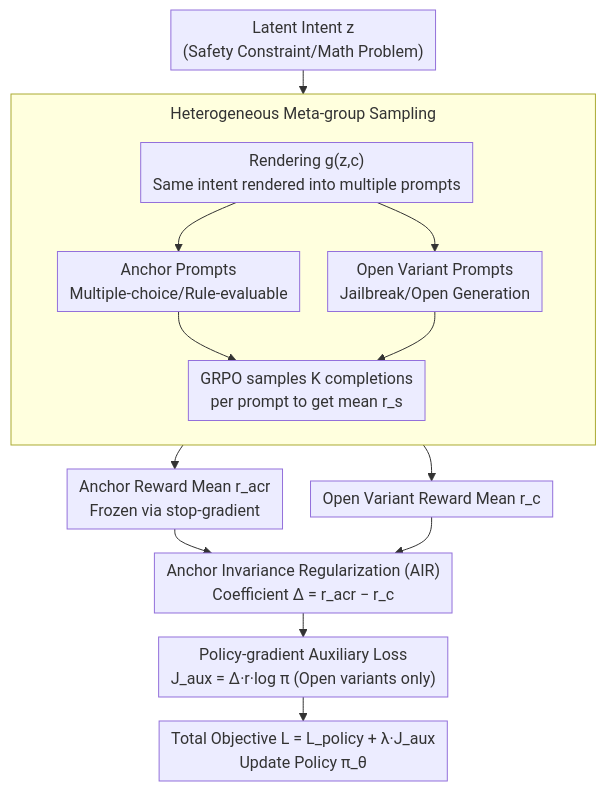
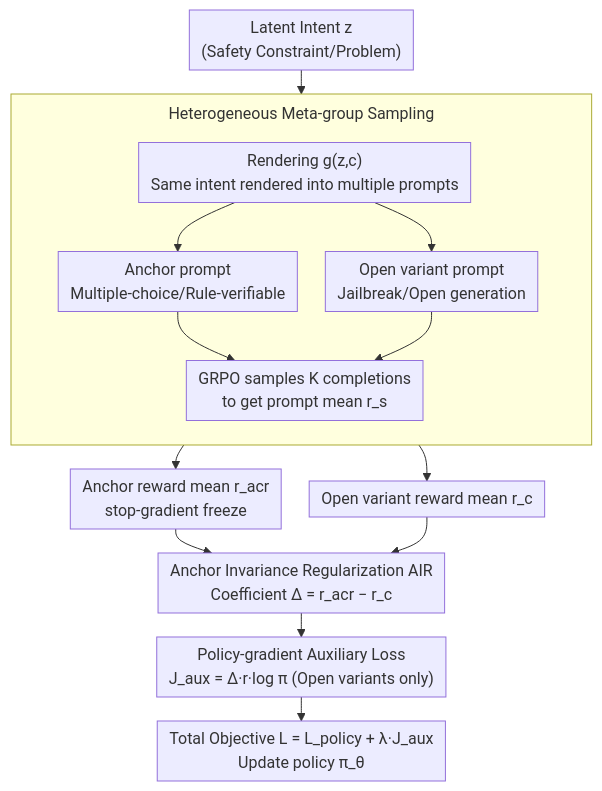
The diagram in docs/ICML2026/llm_alignment/towards_context-invariant_safety_alignment_for_large_language_models.md (zhaoyang97/Paper-Notes-en), drawn with Mermaid before and after one commit. The commit also changed other lines of this file and 5084 other files, not shown here.

````diff
--- a/docs/ICML2026/llm_alignment/towards_context-invariant_safety_alignment_for_large_language_models.md
+++ b/docs/ICML2026/llm_alignment/towards_context-invariant_safety_alignment_for_large_language_models.md
@@ -42,20 +42,20 @@
 ```mermaid
 %%{init: {'flowchart': {'rankSpacing': 24, 'nodeSpacing': 28, 'padding': 6, 'wrappingWidth': 400, 'subGraphTitleMargin': {'top': 8, 'bottom': 16}}}}%%
 flowchart TD
-    Z["Latent Intent z<br/>(Safety Constraint/Math Problem)"]
+    Z["Latent Intent z<br/>(Safety Constraint/Problem)"]
     subgraph MG["Heterogeneous Meta-group Sampling"]
         direction TB
         R["Rendering g(z,c)<br/>Same intent rendered into multiple prompts"]
-        R --> A["Anchor Prompts<br/>Multiple-choice/Rule-evaluable"]
-        R --> O["Open Variant Prompts<br/>Jailbreak/Open Generation"]
-        A --> K["GRPO samples K completions<br/>per prompt to get mean r_s"]
+        R --> A["Anchor prompt<br/>Multiple-choice/Rule-verifiable"]
+        R --> O["Open variant prompt<br/>Jailbreak/Open generation"]
+        A --> K["GRPO samples K completions<br/>to get prompt mean r_s"]
         O --> K
     end
     Z --> R
-    K --> ANC["Anchor Reward Mean r_acr<br/>Frozen via stop-gradient"]
-    K --> OPN["Open Variant Reward Mean r_c"]
-    ANC --> AIR["Anchor Invariance Regularization (AIR)<br/>Coefficient Δ = r_acr − r_c"]
+    K --> ANC["Anchor reward mean r_acr<br/>stop-gradient freeze"]
+    K --> OPN["Open variant reward mean r_c"]
+    ANC --> AIR["Anchor Invariance Regularization AIR<br/>Coefficient Δ = r_acr − r_c"]
     OPN --> AIR
     AIR --> AUX["Policy-gradient Auxiliary Loss<br/>J_aux = Δ·r·log π (Open variants only)"]
-    AUX --> TOT["Total Objective L = L_policy + λ·J_aux<br/>Update Policy π_θ"]
+    AUX --> TOT["Total Objective L = L_policy + λ·J_aux<br/>Update policy π_θ"]
 ```
````
